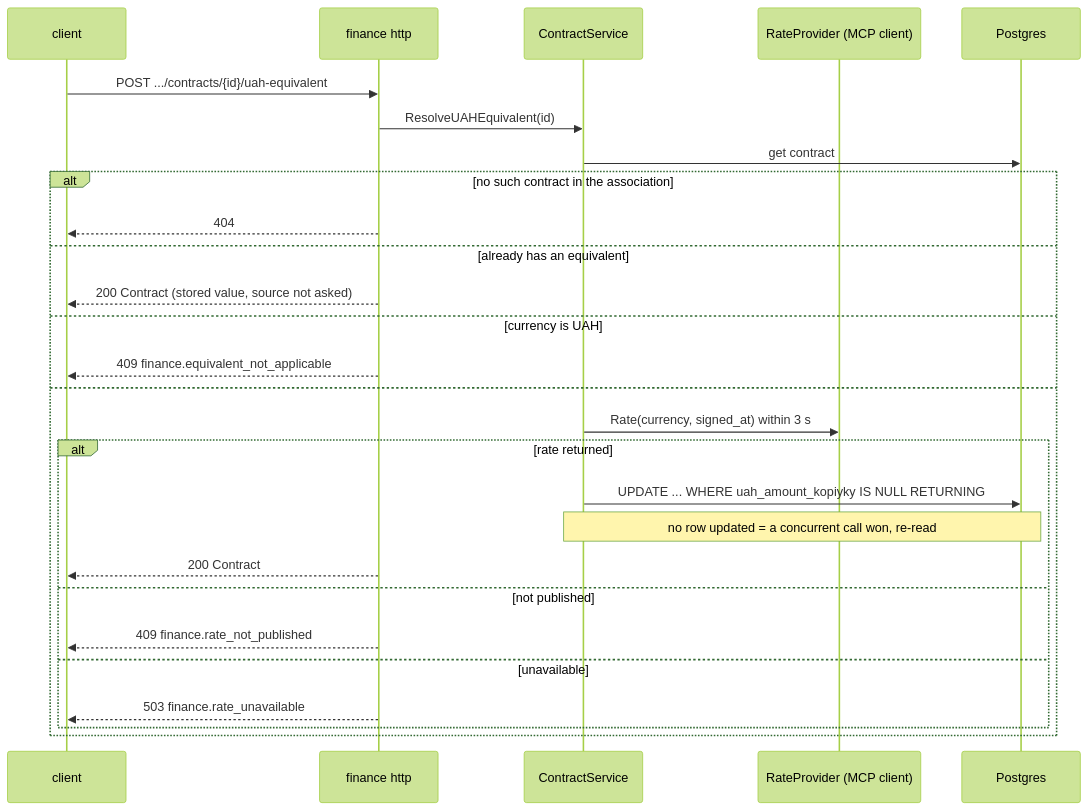
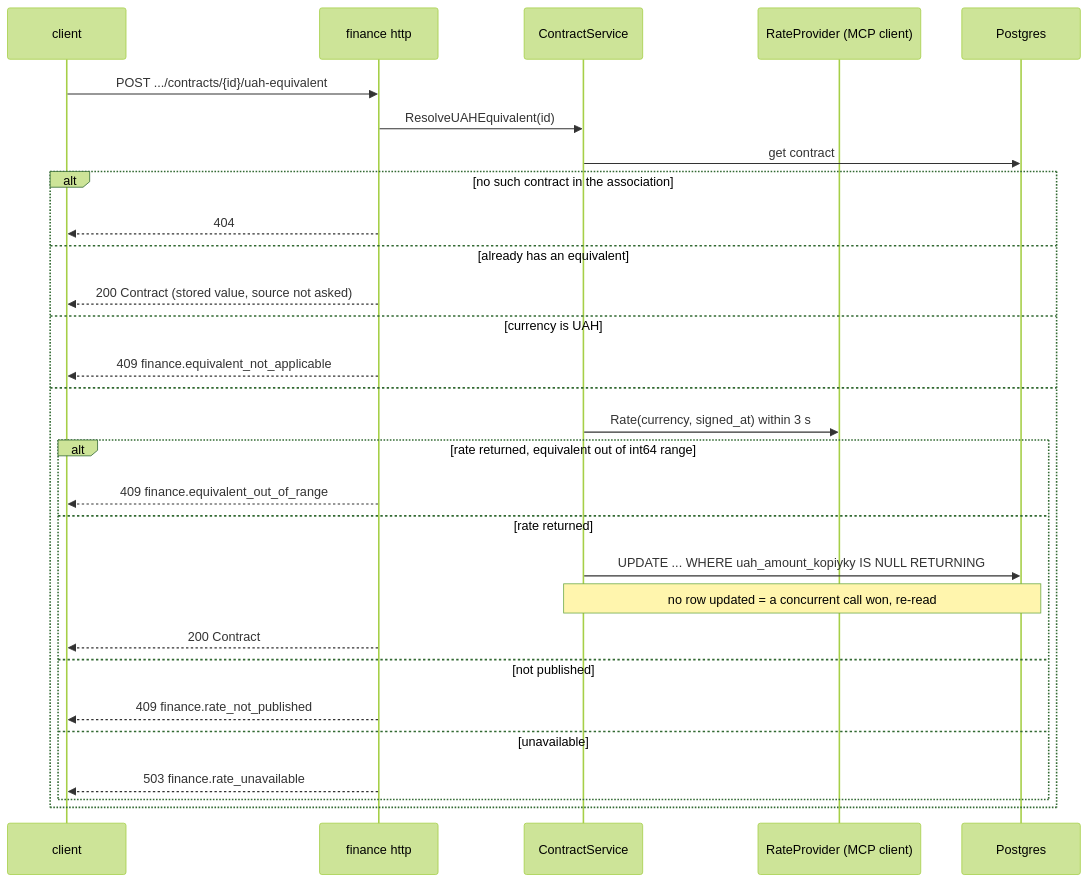
One commit to AndriiOpryshko/spilno changed the third of 3 diagrams in docs/features/contract-uah-equivalent/sad.md. Above: the diagram before and after it, drawn with Mermaid (forest theme). The commit also changed 15 other files, not shown here.

First line of the commit message:
fix(finance): refuse a hryvnia equivalent that does not fit int64

````diff
--- a/docs/features/contract-uah-equivalent/sad.md
+++ b/docs/features/contract-uah-equivalent/sad.md
@@ -112,29 +112,31 @@
 ```mermaid
 sequenceDiagram
     participant C as client
     participant H as finance http
     participant A as ContractService
     participant R as RateProvider (MCP client)
     participant DB as Postgres
     C->>H: POST .../contracts/{id}/uah-equivalent
     H->>A: ResolveUAHEquivalent(id)
     A->>DB: get contract
     alt no such contract in the association
         H-->>C: 404
     else already has an equivalent
         H-->>C: 200 Contract (stored value, source not asked)
     else currency is UAH
         H-->>C: 409 finance.equivalent_not_applicable
     else
         A->>R: Rate(currency, signed_at) within 3 s
-        alt rate returned
+        alt rate returned, equivalent out of int64 range
+            H-->>C: 409 finance.equivalent_out_of_range
+        else rate returned
             A->>DB: UPDATE ... WHERE uah_amount_kopiyky IS NULL RETURNING
             Note over A,DB: no row updated = a concurrent call won, re-read
             H-->>C: 200 Contract
         else not published
             H-->>C: 409 finance.rate_not_published
         else unavailable
             H-->>C: 503 finance.rate_unavailable
         end
     end
 ```
````
